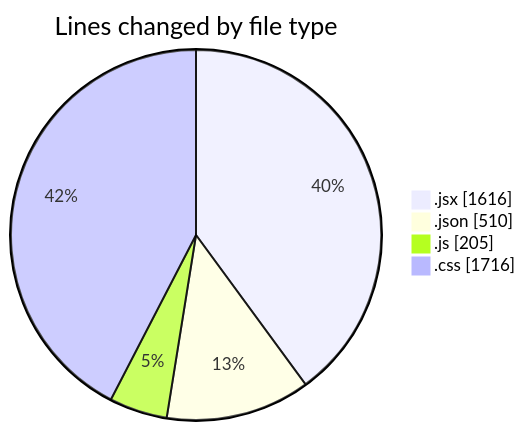
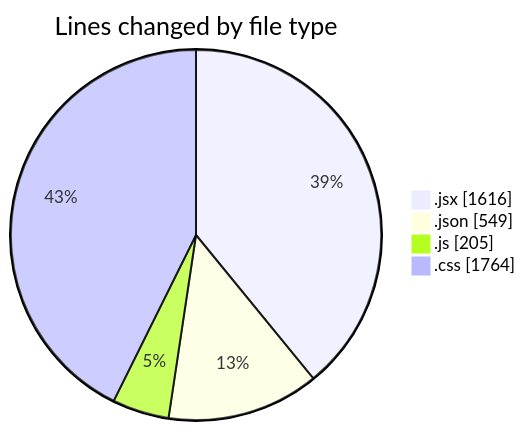
The first of 2 diagrams in 2025-05-04/project/README.md (BS-eng2023/code-tracking), drawn with Mermaid before and after one commit. The commit also changed other lines of this file and 1 other file, not shown here.

````diff
--- a/2025-05-04/project/README.md
+++ b/2025-05-04/project/README.md
@@ -40,8 +40,8 @@
 ```mermaid
 pie showData
 title Lines changed by file type
 ".jsx" : 1616
-".json" : 510
+".json" : 549
 ".js" : 205
-".css" : 1716
+".css" : 1764
 ```
````
